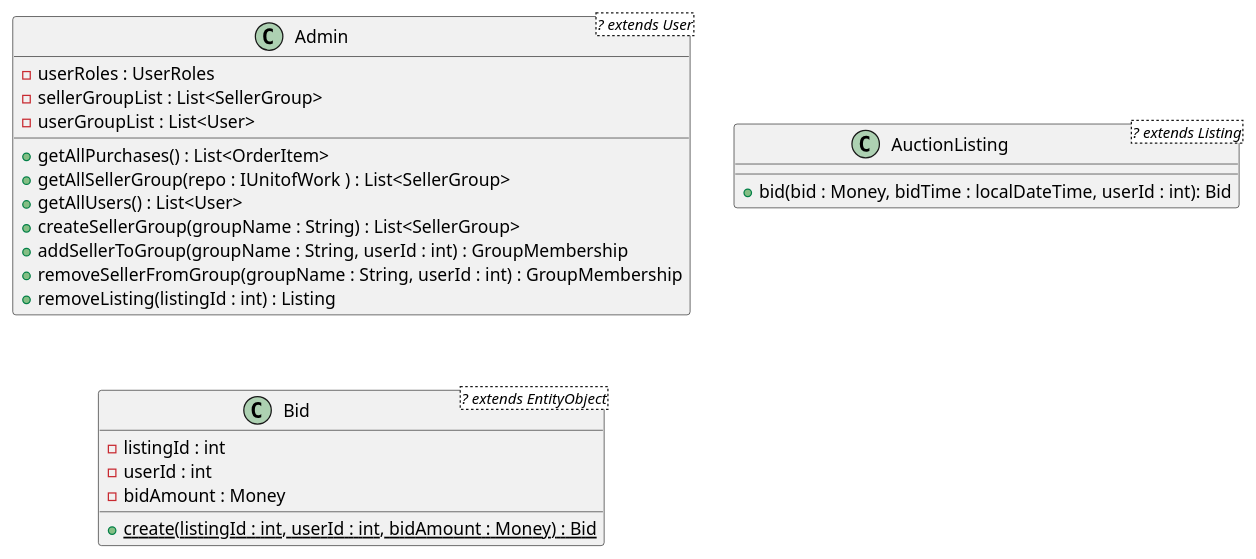
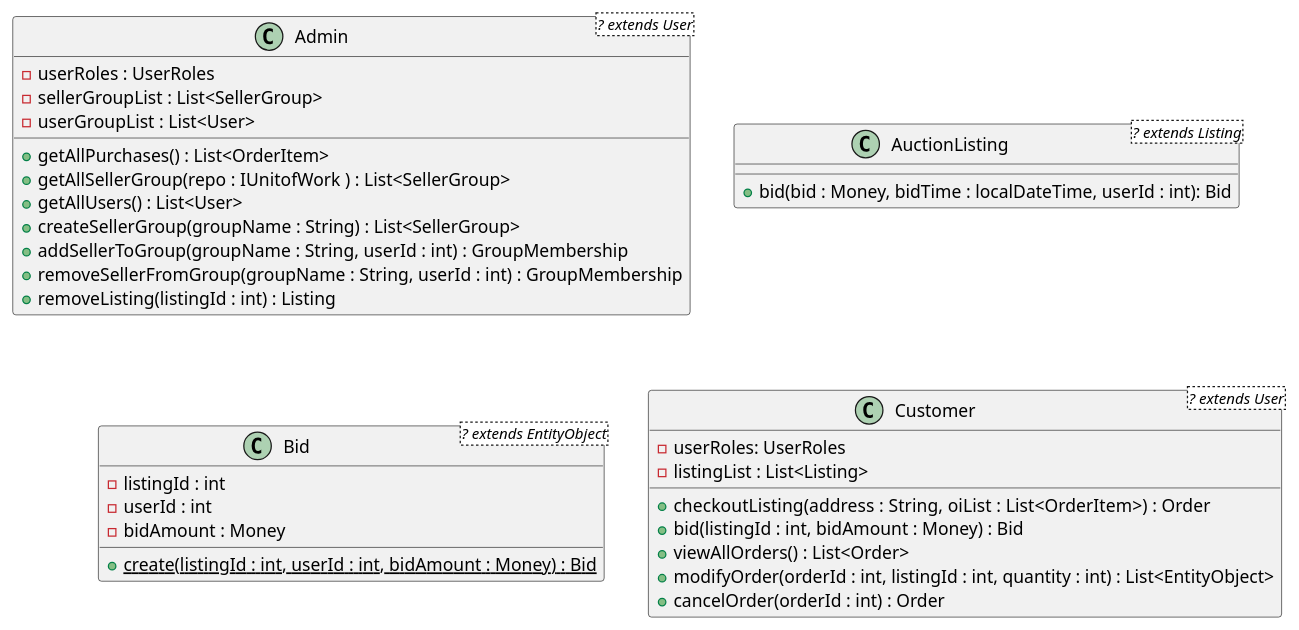
One commit to SWEN900072022/TeamZeroMarketPlaceBackEnd changed the diagram in docs/part3/classDiagram.plantuml. Above: the diagram before and after it, drawn with PlantUML.

Commit message:
added customer class to diagram

```diff
--- a/docs/part3/classDiagram.plantuml
+++ b/docs/part3/classDiagram.plantuml
@@ -1,32 +1,41 @@
 @startuml
 
 'Admin class
 class Admin<? extends User> {
     - userRoles : UserRoles
     - sellerGroupList : List<SellerGroup>
     - userGroupList : List<User>
     {method} + getAllPurchases() : List<OrderItem>
     {method} + getAllSellerGroup(repo : IUnitofWork ) : List<SellerGroup>
     {method} + getAllUsers() : List<User>
     {method} + createSellerGroup(groupName : String) : List<SellerGroup>
     {method} + addSellerToGroup(groupName : String, userId : int) : GroupMembership
     {method} + removeSellerFromGroup(groupName : String, userId : int) : GroupMembership
     {method} + removeListing(listingId : int) : Listing
 }
 'AuctionListing class
 class AuctionListing<? extends Listing> {
     {method} + bid(bid : Money, bidTime : localDateTime, userId : int): Bid
 }
 'Bid Class
 class Bid<? extends EntityObject> {
     - listingId : int
     - userId : int
     - bidAmount : Money
     {method} {static} + create(listingId : int, userId : int, bidAmount : Money) : Bid
 
 }
 'Customer Class
+class Customer <? extends User> {
+    - userRoles: UserRoles
+    - listingList : List<Listing>
+    {method} + checkoutListing(address : String,  oiList : List<OrderItem>) : Order
+    {method} + bid(listingId : int, bidAmount : Money) : Bid
+    {method} + viewAllOrders() : List<Order>
+    {method} + modifyOrder(orderId : int, listingId : int, quantity : int) : List<EntityObject>
+    {method} + cancelOrder(orderId : int) : Order
+}
 'Filter Class
 'FixedPriceListing Class
 '
 @enduml
```
